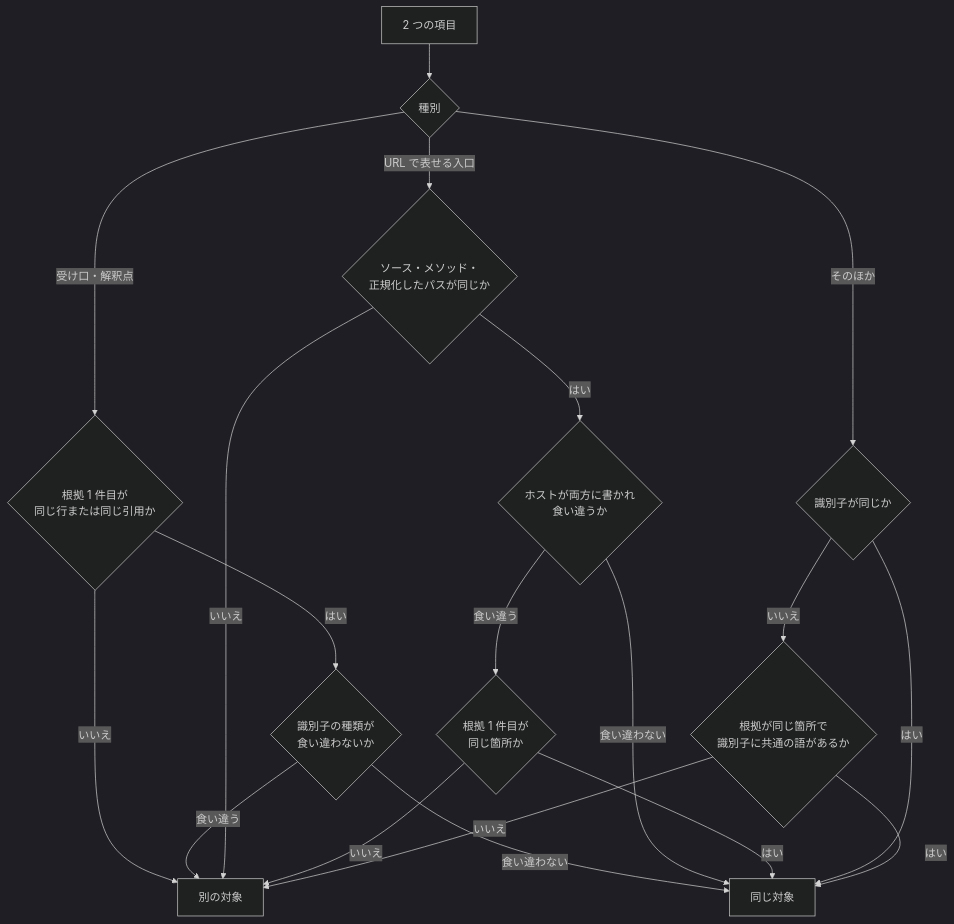
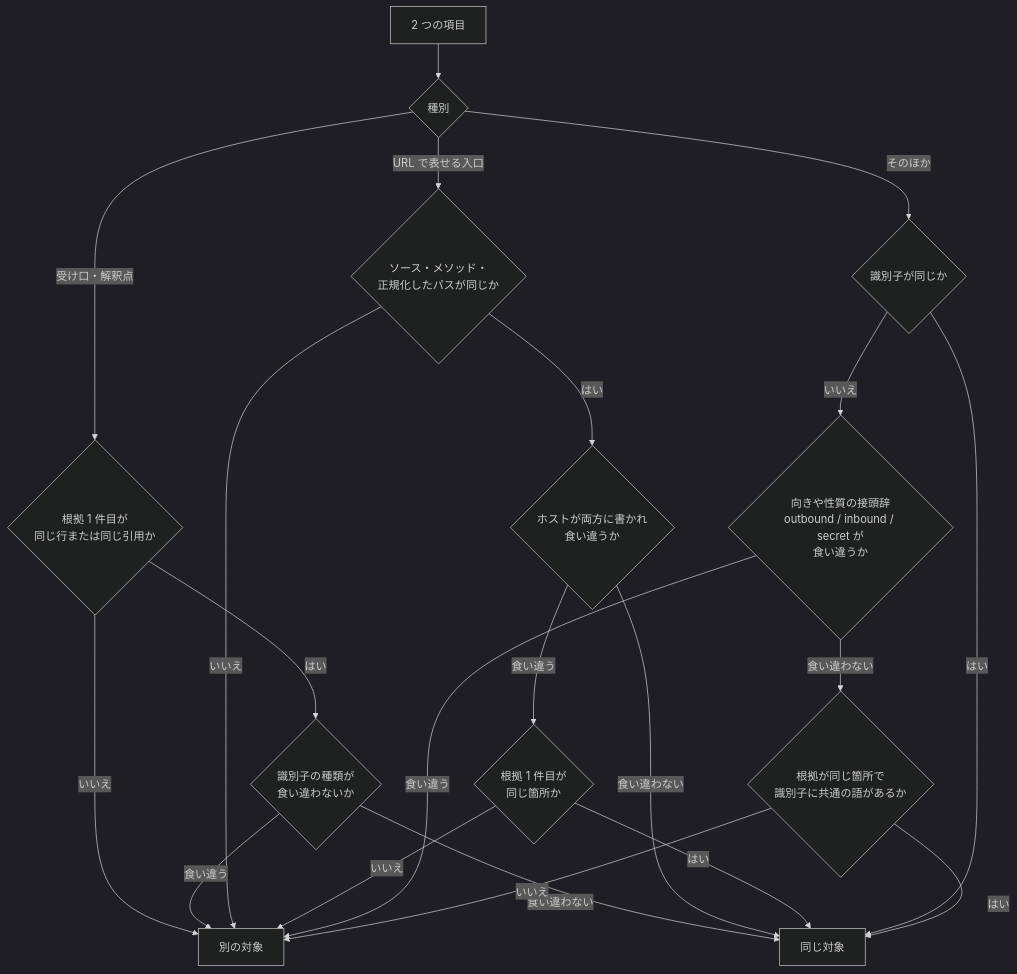
The seventh of 13 diagrams in docs/analysis-flow.md (Zuck3-r/Code-Analyzer), drawn with Mermaid (dark theme) before and after one commit. The commit also changed other lines of this file and 10 other files, not shown here.

````diff
--- a/docs/analysis-flow.md
+++ b/docs/analysis-flow.md
@@ -295,21 +300,23 @@
 ```mermaid
 flowchart TD
     S[2 つの項目] --> K{種別}
     K -->|受け口・解釈点| A1{根拠 1 件目が<br/>同じ行または同じ引用か}
     A1 -->|いいえ| D[別の対象]
     A1 -->|はい| A2{識別子の種類が<br/>食い違わないか}
     A2 -->|食い違う| D
     A2 -->|食い違わない| M[同じ対象]
     K -->|URL で表せる入口| U1{ソース・メソッド・<br/>正規化したパスが同じか}
     U1 -->|いいえ| D
     U1 -->|はい| U2{ホストが両方に書かれ<br/>食い違うか}
     U2 -->|食い違わない| M
     U2 -->|食い違う| U3{根拠 1 件目が<br/>同じ箇所か}
     U3 -->|はい| M
     U3 -->|いいえ| D
     K -->|そのほか| O1{識別子が同じか}
     O1 -->|はい| M
-    O1 -->|いいえ| O2{根拠が同じ箇所で<br/>識別子に共通の語があるか}
+    O1 -->|いいえ| O3{向きや性質の接頭辞<br/>outbound / inbound / secret が<br/>食い違うか}
+    O3 -->|食い違う| D
+    O3 -->|食い違わない| O2{根拠が同じ箇所で<br/>識別子に共通の語があるか}
     O2 -->|はい| M
     O2 -->|いいえ| D
 ```
````
